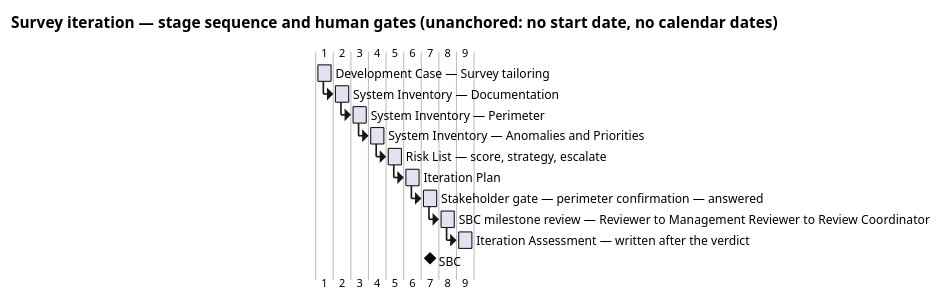
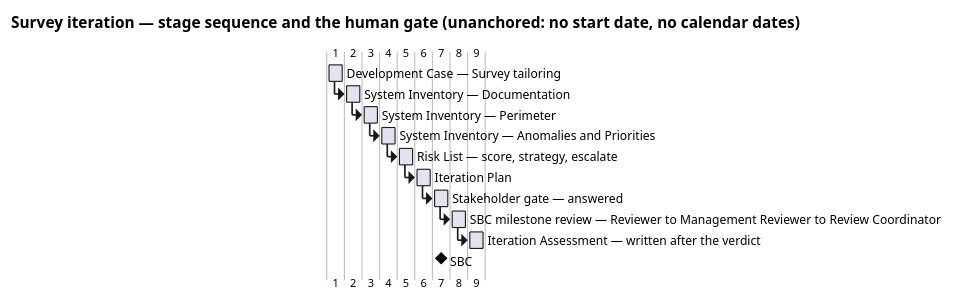
One commit to banense-test/TodoApp changed the second of 3 diagrams in docs/artifacts/project-management/iteration-plan.md. Above: the diagram before and after it, drawn with PlantUML. The commit also changed other lines of this file, not shown here.

Commit message:
Project Manager [Survey1]: upsert Iteration Plan
[skip ci]

````diff
--- a/docs/artifacts/project-management/iteration-plan.md
+++ b/docs/artifacts/project-management/iteration-plan.md
@@ -117,36 +117,36 @@
 ```plantuml
 @startgantt
-title Survey iteration — stage sequence and human gates (unanchored: no start date, no calendar dates)
+title Survey iteration — stage sequence and the human gate (unanchored: no start date, no calendar dates)
 skinparam shadowing false
 
 [Development Case — Survey tailoring] lasts 1 day
 [System Inventory — Documentation] lasts 1 day
 [System Inventory — Perimeter] lasts 1 day
 [System Inventory — Anomalies and Priorities] lasts 1 day
 [Risk List — score, strategy, escalate] lasts 1 day
 [Iteration Plan] lasts 1 day
-[Stakeholder gate — perimeter confirmation — answered] lasts 1 day
+[Stakeholder gate — answered] lasts 1 day
 [SBC milestone review — Reviewer to Management Reviewer to Review Coordinator] lasts 1 day
 [Iteration Assessment — written after the verdict] lasts 1 day
 
 [System Inventory — Documentation] starts at [Development Case — Survey tailoring]'s end
 [System Inventory — Perimeter] starts at [System Inventory — Documentation]'s end
 [System Inventory — Anomalies and Priorities] starts at [System Inventory — Perimeter]'s end
 [Risk List — score, strategy, escalate] starts at [System Inventory — Anomalies and Priorities]'s end
 [Iteration Plan] starts at [Risk List — score, strategy, escalate]'s end
-[Stakeholder gate — perimeter confirmation — answered] starts at [Iteration Plan]'s end
-[SBC milestone review — Reviewer to Management Reviewer to Review Coordinator] starts at [Stakeholder gate — perimeter confirmation — answered]'s end
+[Stakeholder gate — answered] starts at [Iteration Plan]'s end
+[SBC milestone review — Reviewer to Management Reviewer to Review Coordinator] starts at [Stakeholder gate — answered]'s end
 [Iteration Assessment — written after the verdict] starts at [SBC milestone review — Reviewer to Management Reviewer to Review Coordinator]'s end
 
-[SBC] happens at [Stakeholder gate — perimeter confirmation — answered]'s end
+[SBC] happens at [Stakeholder gate — answered]'s end
 
 note bottom
   Bar length carries ordering only. No stage here has been measured,
   so no bar is a forecast of its duration: each stage ends when its
   exit condition passes.
-  The stakeholder gate is answered: the acceptances are in the Risk List,
-  the perimeter confirmation in the Evaluation Criteria. It was a human
-  wait — days of queue time, ceiling 14.
+  The gate is answered four times: perimeter, the three risk
+  acceptances, the Excavation split, the budget position. It was a
+  human wait — days of queue time, ceiling 14.
 end note
 @endgantt
 ```
````
